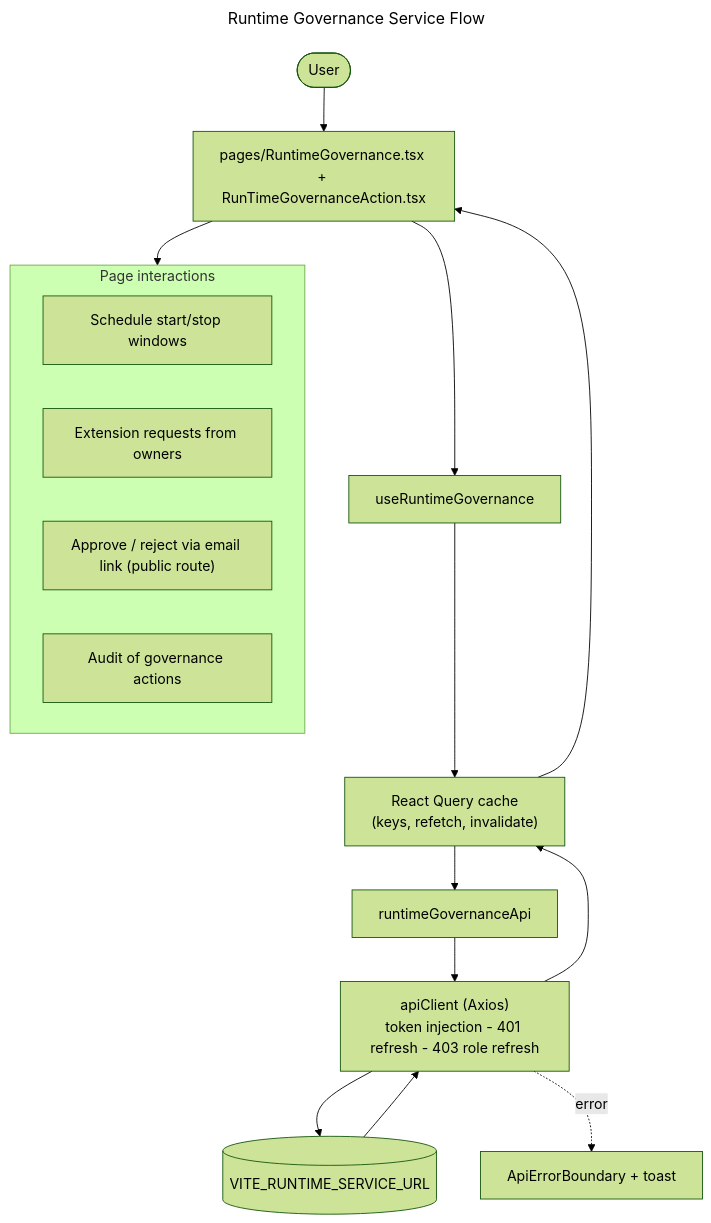
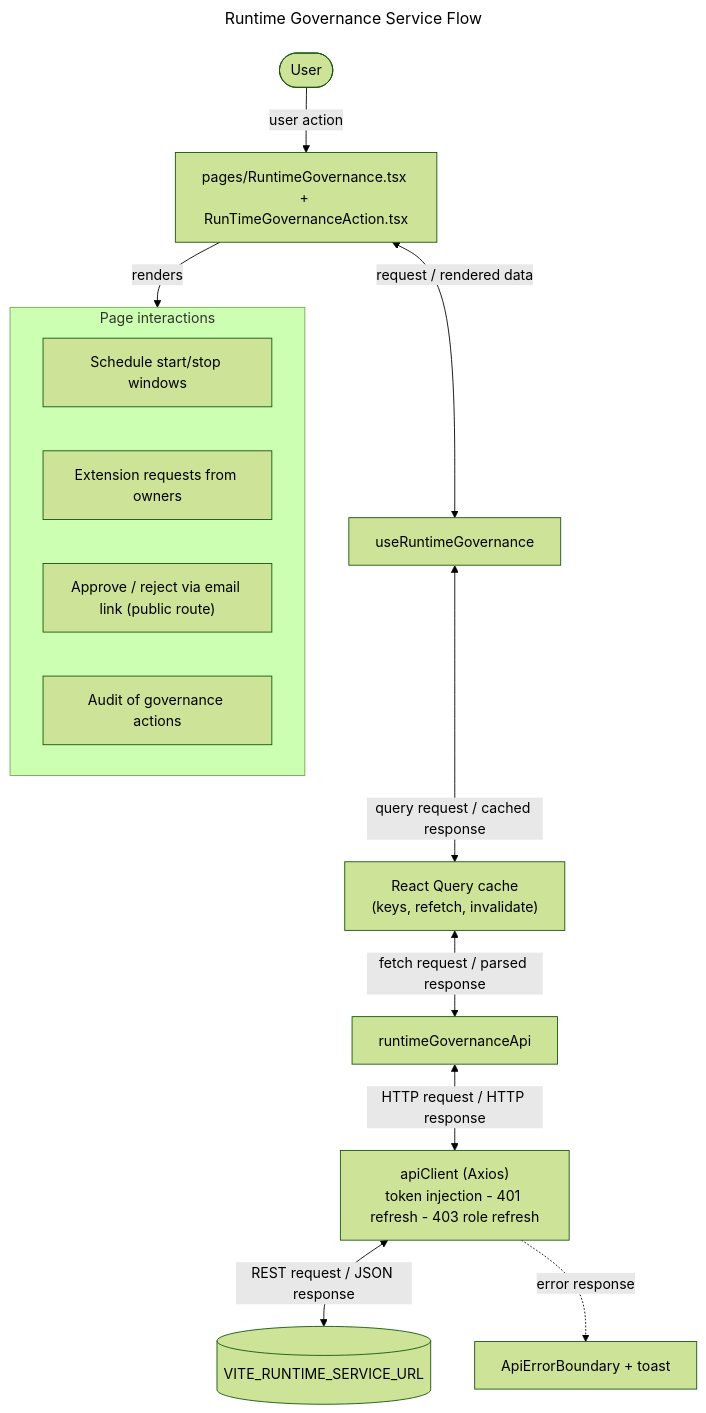
One commit to sayeeduddinofficial/user-table-view changed the diagram in docs/flowcharts/runtime-governance.mmd. Above: the diagram before and after it, drawn with Mermaid (forest theme). The commit also changed 18 other files, not shown here.

```diff
--- a/docs/flowcharts/runtime-governance.mmd
+++ b/docs/flowcharts/runtime-governance.mmd
@@ -1,19 +1,18 @@
 ---
 title: Runtime Governance Service Flow
 ---
 flowchart TD
-  U([User]) --> P["pages/RuntimeGovernance.tsx + RunTimeGovernanceAction.tsx"]
-  P --> H["useRuntimeGovernance"]
-  H --> Q["React Query cache<br/>(keys, refetch, invalidate)"]
-  Q --> A["runtimeGovernanceApi"]
-  A --> C["apiClient (Axios)<br/>token injection - 401 refresh - 403 role refresh"]
-  C --> S[("VITE_RUNTIME_SERVICE_URL")]
-  S --> C --> Q --> P
+  U([User]) -->|"user action"| P["pages/RuntimeGovernance.tsx + RunTimeGovernanceAction.tsx"]
+  P <-->|"request / rendered data"| H["useRuntimeGovernance"]
+  H <-->|"query request / cached response"| Q["React Query cache<br/>(keys, refetch, invalidate)"]
+  Q <-->|"fetch request / parsed response"| A["runtimeGovernanceApi"]
+  A <-->|"HTTP request / HTTP response"| C["apiClient (Axios)<br/>token injection - 401 refresh - 403 role refresh"]
+  C <-->|"REST request / JSON response"| S[("VITE_RUNTIME_SERVICE_URL")]
+  P -->|"renders"| UI
   subgraph UI[Page interactions]
     S0["Schedule start/stop windows"]
     S1["Extension requests from owners"]
     S2["Approve / reject via email link (public route)"]
     S3["Audit of governance actions"]
   end
-  P --> UI
-  C -. error .-> E["ApiErrorBoundary + toast"]
+  C -. "error response" .-> E["ApiErrorBoundary + toast"]
```
